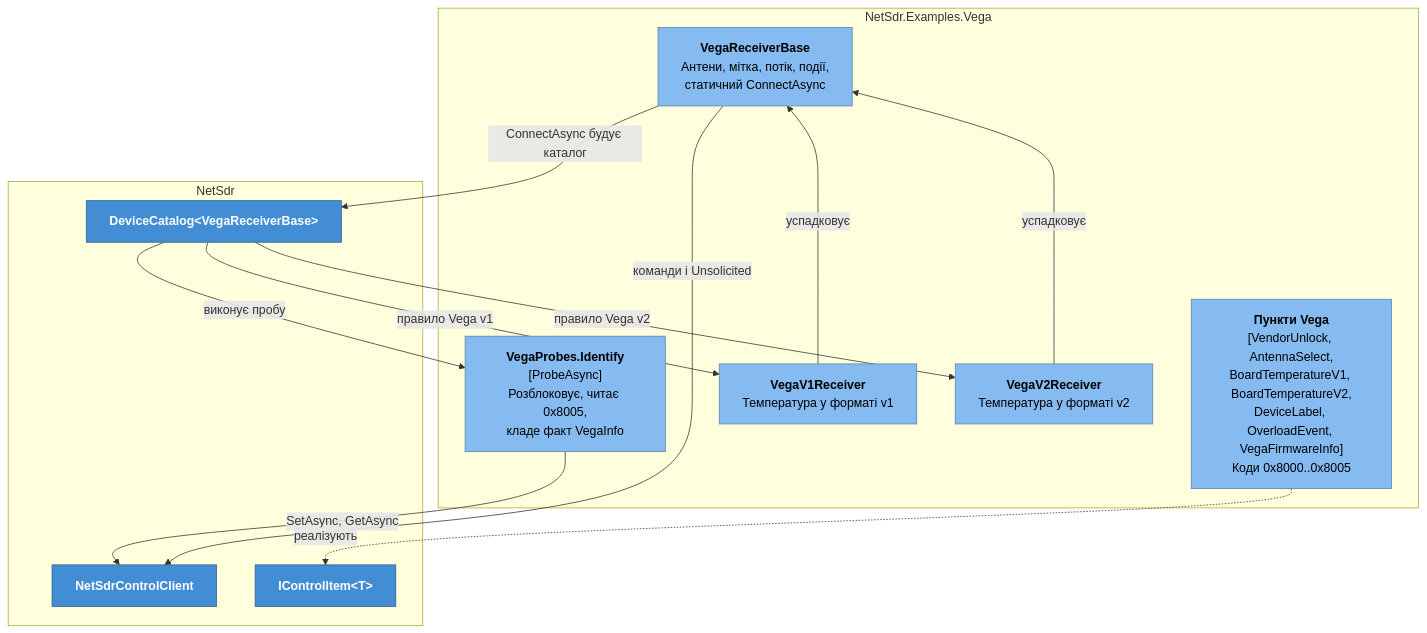
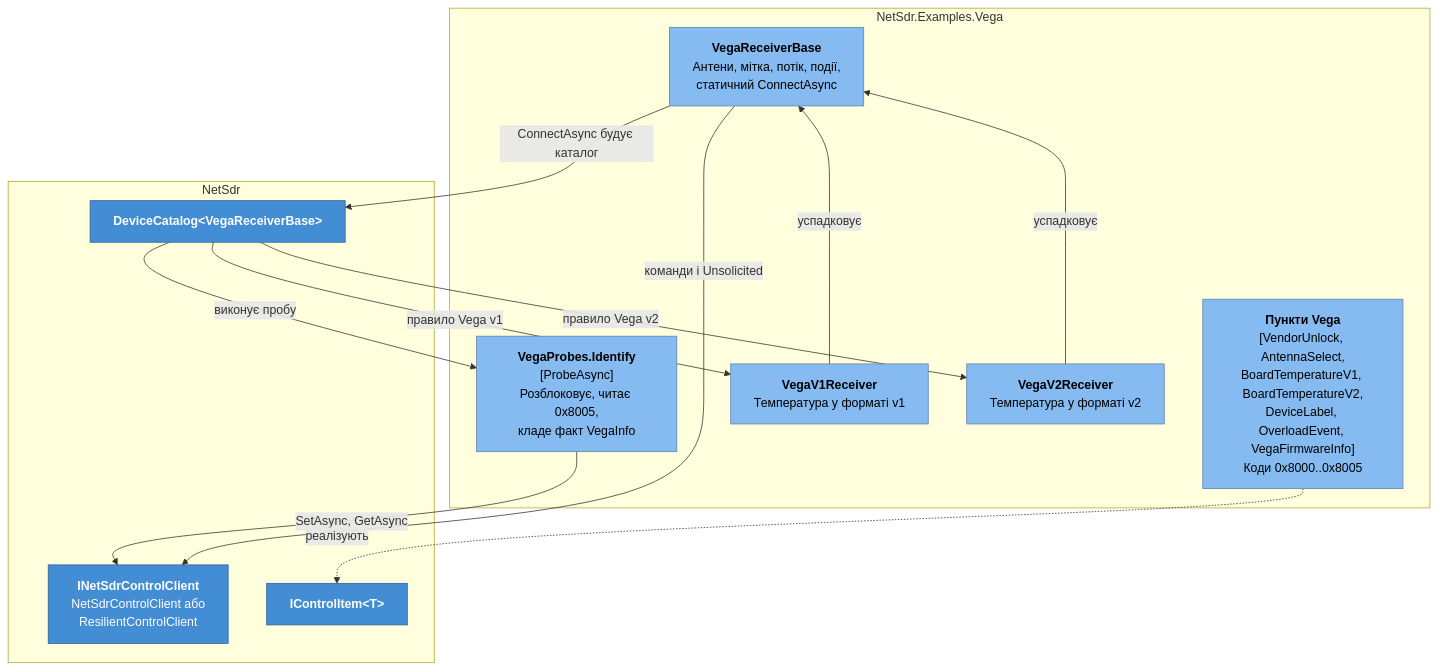
The fifth of 7 diagrams in docs/architecture.md (vadimart92/NetSdrClient), drawn with Mermaid before and after one commit. The commit also changed other lines of this file and 4 other files, not shown here.

````diff
--- a/docs/architecture.md
+++ b/docs/architecture.md
@@ -202,31 +235,31 @@
 ```mermaid
 flowchart TB
     subgraph vega["NetSdr.Examples.Vega"]
         vitems["<b>Пункти Vega</b><br/>[VendorUnlock, AntennaSelect,<br/>BoardTemperatureV1, BoardTemperatureV2,<br/>DeviceLabel, OverloadEvent, VegaFirmwareInfo]<br/>Коди 0x8000..0x8005"]
         probe["<b>VegaProbes.Identify</b><br/>[ProbeAsync]<br/>Розблоковує, читає 0x8005,<br/>кладе факт VegaInfo"]
         base["<b>VegaReceiverBase</b><br/>Антени, мітка, потік, події,<br/>статичний ConnectAsync"]
         v1["<b>VegaV1Receiver</b><br/>Температура у форматі v1"]
         v2["<b>VegaV2Receiver</b><br/>Температура у форматі v2"]
     end
 
     subgraph core["NetSdr"]
         cat["<b>DeviceCatalog#lt;VegaReceiverBase#gt;</b>"]
-        ctl["<b>NetSdrControlClient</b>"]
+        ctl["<b>INetSdrControlClient</b><br/>NetSdrControlClient або<br/>ResilientControlClient"]
         icontrol["<b>IControlItem#lt;T#gt;</b>"]
     end
 
     base -->|"ConnectAsync будує каталог"| cat
     cat -->|"виконує пробу"| probe
     cat -->|"правило Vega v2"| v2
     cat -->|"правило Vega v1"| v1
     v1 -->|"успадковує"| base
     v2 -->|"успадковує"| base
     probe -->|"SetAsync, GetAsync"| ctl
     base -->|"команди і Unsolicited"| ctl
     vitems -.->|"реалізують"| icontrol
 
     classDef component fill:#85BBF0,stroke:#5D82A8,color:#000
     classDef framework fill:#438DD5,stroke:#2E6295,color:#fff
     class vitems,probe,base,v1,v2 component
     class cat,ctl,icontrol framework
 ```
````
